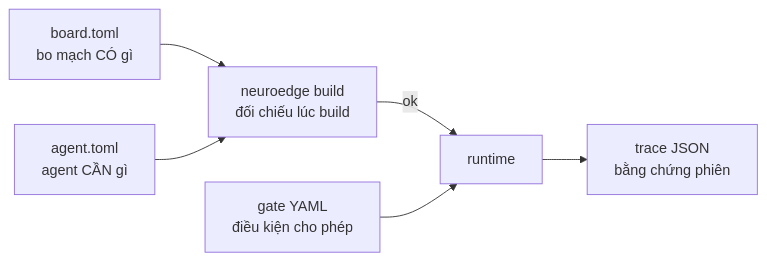
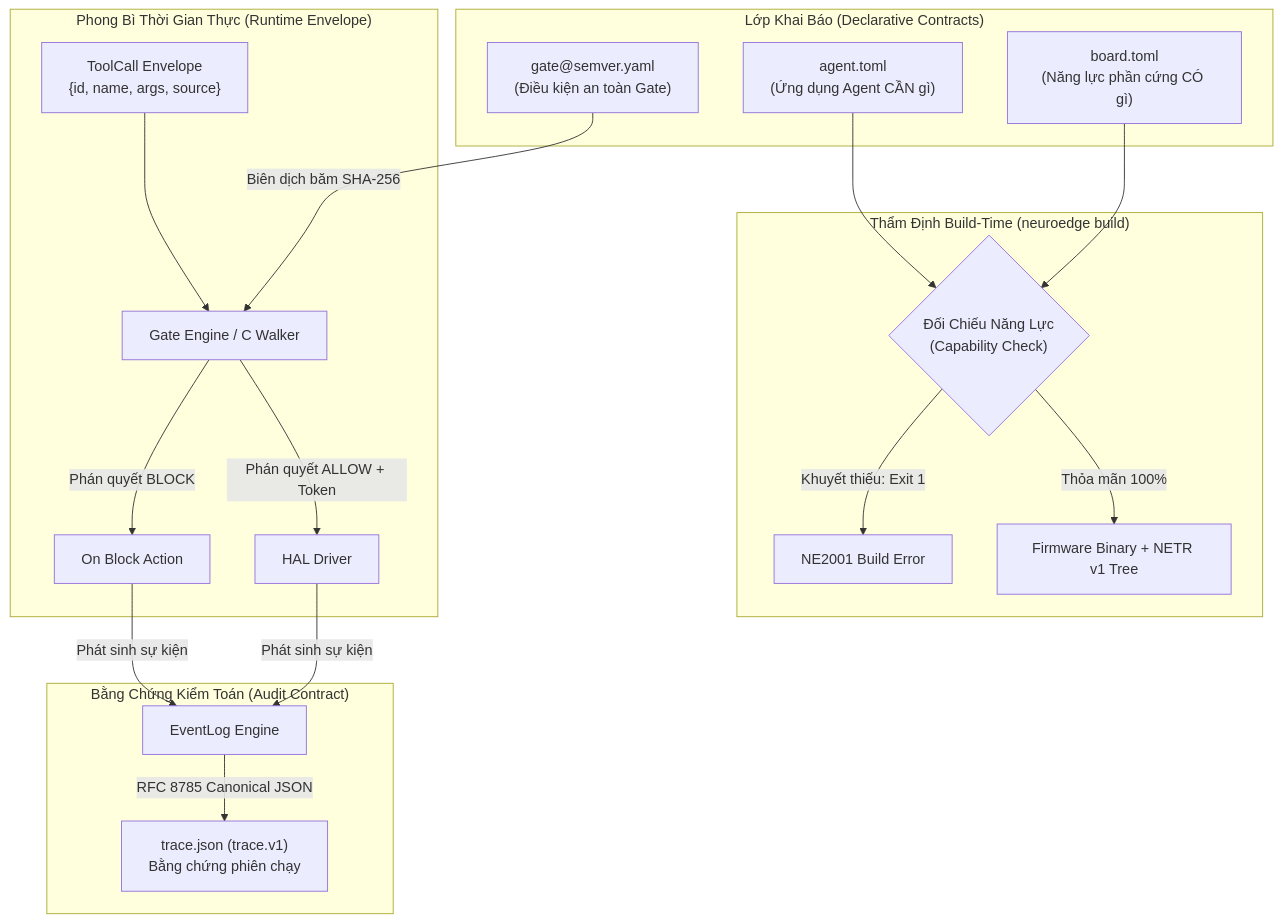
One commit to letrongminh/neuroedge-init changed the first of 2 diagrams in docs/architecture/vi/07-data-contracts.md. Above: the diagram before and after it, drawn with Mermaid. The commit also changed other lines of this file and 35 other files, not shown here.

First line of the commit message:
docs(architecture): comprehensive upgrade of architecture suite, Mermaid diagrams and vector posters

````diff
--- a/docs/architecture/vi/07-data-contracts.md
+++ b/docs/architecture/vi/07-data-contracts.md
@@ -8,8 +13,30 @@
 ```mermaid
-flowchart LR
-    BT[board.toml<br/>bo mạch CÓ gì] --> BL[neuroedge build<br/>đối chiếu lúc build]
-    AT[agent.toml<br/>agent CẦN gì] --> BL
-    BL -->|ok| RT[runtime]
-    GT[gate YAML<br/>điều kiện cho phép] --> RT
-    RT --> TR[trace JSON<br/>bằng chứng phiên]
+flowchart TD
+    subgraph DeclarativeLayer["Lớp Khai Báo (Declarative Contracts)"]
+        BT["board.toml<br/>(Năng lực phần cứng CÓ gì)"]
+        AT["agent.toml<br/>(Ứng dụng Agent CẦN gì)"]
+        GT["gate@semver.yaml<br/>(Điều kiện an toàn Gate)"]
+    end
+
+    subgraph BuildContract["Thẩm Định Build-Time (neuroedge build)"]
+        CAP{"Đối Chiếu Năng Lực<br/>(Capability Check)"}
+        BT --> CAP
+        AT --> CAP
+        CAP -->|Khuyết thiếu: Exit 1| ERR1[NE2001 Build Error]
+        CAP -->|Thỏa mãn 100%| BLD[Firmware Binary + NETR v1 Tree]
+    end
+
+    subgraph RuntimeEnvelope["Phong Bì Thời Gian Thực (Runtime Envelope)"]
+        TC["ToolCall Envelope<br/>{id, name, args, source}"]
+        GT -->|Biên dịch băm SHA-256| GW[Gate Engine / C Walker]
+        TC --> GW
+        GW -->|Phán quyết ALLOW + Token| HAL[HAL Driver]
+        GW -->|Phán quyết BLOCK| REJ[On Block Action]
+    end
+
+    subgraph AuditContract["Bằng Chứng Kiểm Toán (Audit Contract)"]
+        HAL -->|Phát sinh sự kiện| EV[EventLog Engine]
+        REJ -->|Phát sinh sự kiện| EV
+        EV -->|RFC 8785 Canonical JSON| TR["trace.json (trace.v1)<br/>Bằng chứng phiên chạy"]
+    end
 ```
````
